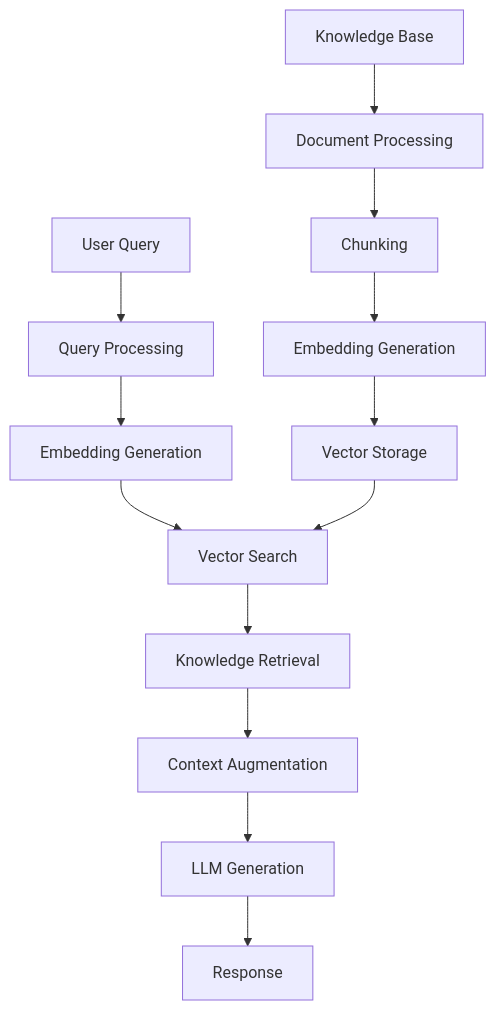
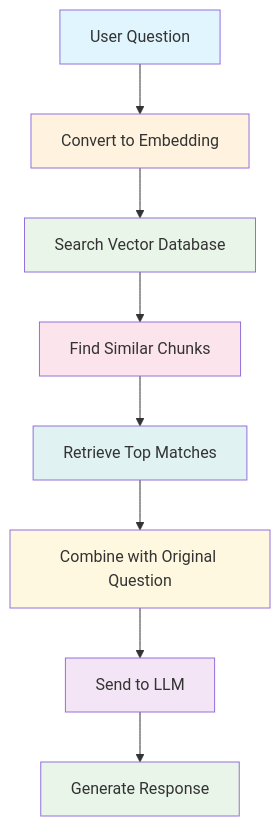
Before and after one commit to nvgr-GenAI/my-learning: the third of 3 diagrams in docs/genai/rag/index.md, drawn with Mermaid. The commit also changed other lines of this file and 6 other files, not shown here.

````diff
--- a/docs/genai/rag/index.md
+++ b/docs/genai/rag/index.md
@@ -57,16 +81,19 @@
 ```mermaid
 graph TD
-    A[User Query] --> B[Query Processing]
-    B --> C[Embedding Generation]
-    C --> D[Vector Search]
-    D --> E[Knowledge Retrieval]
-    E --> F[Context Augmentation]
-    F --> G[LLM Generation]
-    G --> H[Response]
+    A[User Question] --> B[Convert to Embedding]
+    B --> C[Search Vector Database]
+    C --> D[Find Similar Chunks]
+    D --> E[Retrieve Top Matches]
+    E --> F[Combine with Original Question]
+    F --> G[Send to LLM]
+    G --> H[Generate Response]
     
-    I[Knowledge Base] --> J[Document Processing]
-    J --> K[Chunking]
-    K --> L[Embedding Generation]
-    L --> M[Vector Storage]
-    M --> D
+    style A fill:#e1f5fe
+    style B fill:#fff3e0
+    style C fill:#e8f5e8
+    style D fill:#fce4ec
+    style E fill:#e0f2f1
+    style F fill:#fff8e1
+    style G fill:#f3e5f5
+    style H fill:#e8f5e8
 ```
````
